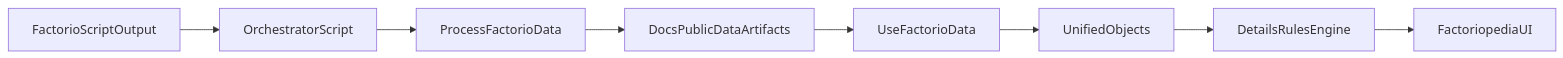
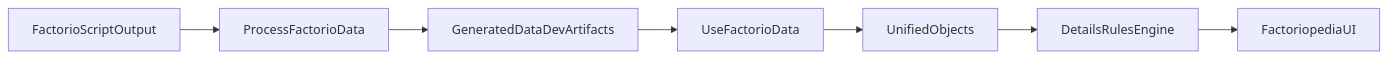
The diagram in docs/governance/factorio-data-pipeline-review.md (WhyIsSandwich/SeaBlock), drawn with Mermaid before and after one commit. The commit also changed other lines of this file and 21 other files, not shown here.

````diff
--- a/docs/governance/factorio-data-pipeline-review.md
+++ b/docs/governance/factorio-data-pipeline-review.md
@@ -40,10 +42,9 @@
 ```mermaid
 flowchart LR
-  factorioDump[FactorioScriptOutput] --> orchestrator[OrchestratorScript]
-  orchestrator --> processor[ProcessFactorioData]
-  processor --> artifacts[DocsPublicDataArtifacts]
+  factorioDump[FactorioScriptOutput] --> processor[ProcessFactorioData]
+  processor --> artifacts[GeneratedDataDevArtifacts]
   artifacts --> dataLoader[UseFactorioData]
   dataLoader --> unifiedModel[UnifiedObjects]
   unifiedModel --> detailsRules[DetailsRulesEngine]
   detailsRules --> factoriopediaUI[FactoriopediaUI]
 ```
````
